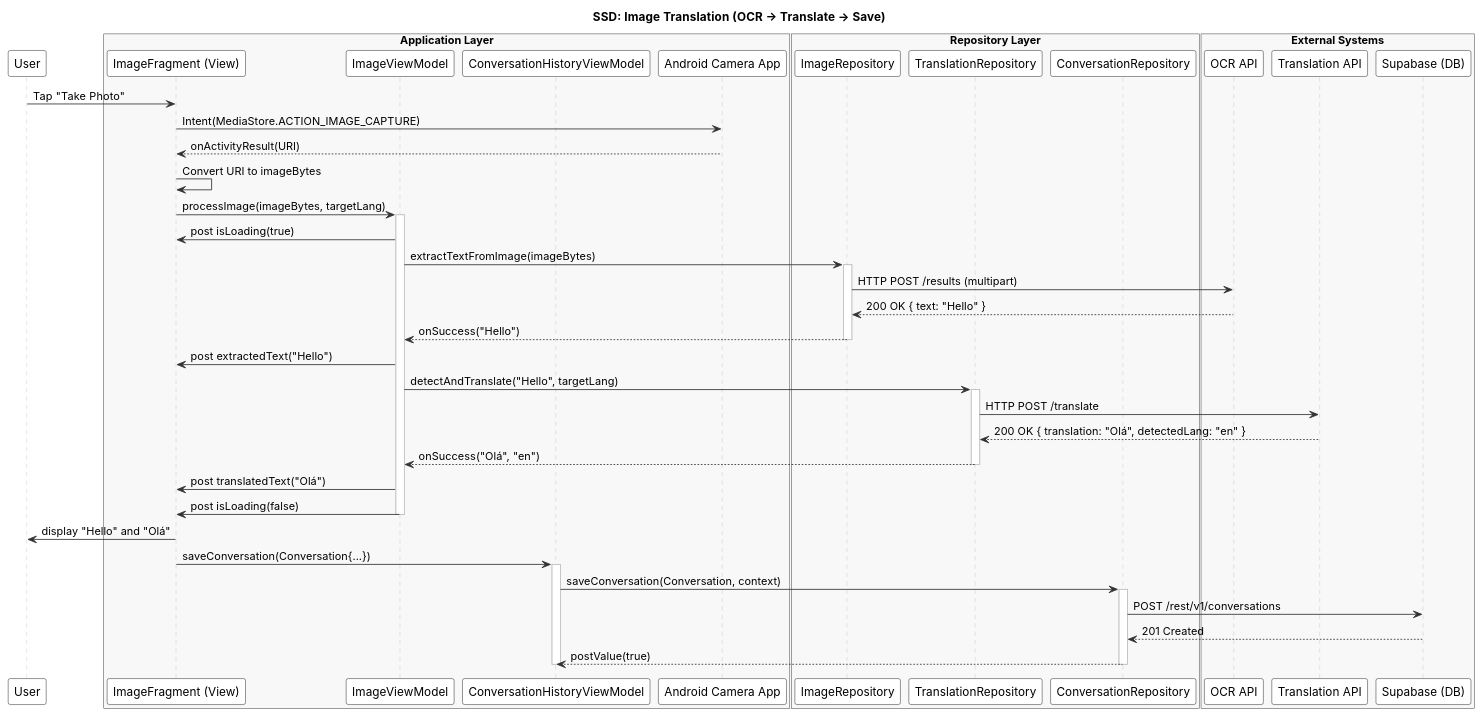
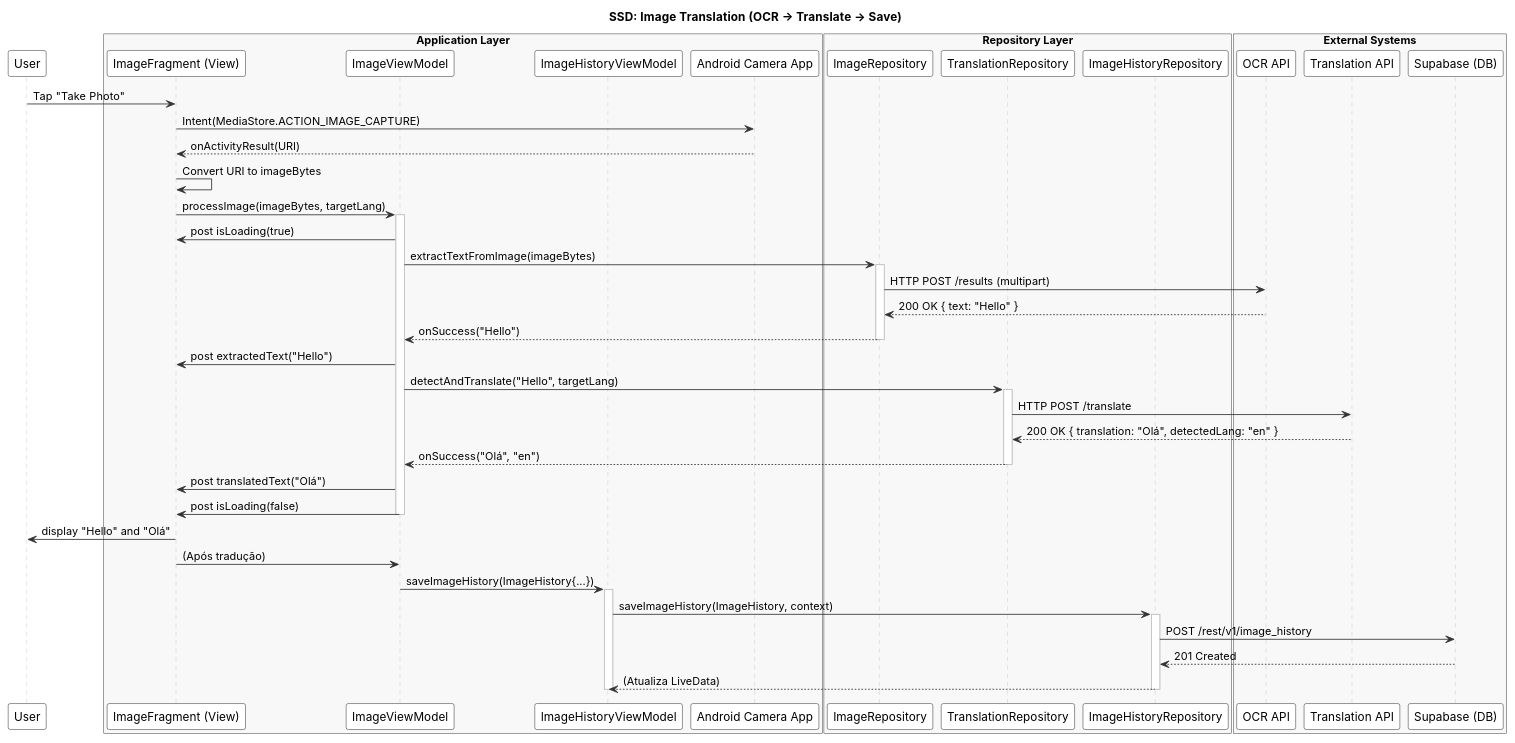
The diagram in UMLs/PUMLs/ssd_ocr_translation.puml (VascoMagolo/DSSMV_ProjectDroid_1231562_1230985), drawn with PlantUML before and after one commit. The commit also changed 7 other files, not shown here.

```diff
--- a/UMLs/PUMLs/ssd_ocr_translation.puml
+++ b/UMLs/PUMLs/ssd_ocr_translation.puml
@@ -1,80 +1,81 @@
 @startuml SSD: Image (OCR) Translation
 title SSD: Image Translation (OCR -> Translate -> Save)
 
 skinparam defaultFontName "Inter"
 skinparam package {
     BackgroundColor #F8F8F8
     BorderColor #A0A0A0
 }
 skinparam participant {
     BackgroundColor #FFFFFF
     BorderColor #000000
 }
 skinparam sequence {
     ArrowColor #333333
     ActorBorderColor #000000
     LifeLineBorderColor #C0C0C0
 }
 
 participant "User" as User
 
 box "Application Layer" #F8F8F8
     participant "ImageFragment (View)" as View
     participant "ImageViewModel" as VM
-    participant "ConversationHistoryViewModel" as HistoryVM
+    participant "ImageHistoryViewModel" as HistoryVM
     participant "Android Camera App" as CameraApp
 end box
 
 box "Repository Layer" #F8F8F8
     participant "ImageRepository" as IR
     participant "TranslationRepository" as TR
-    participant "ConversationRepository" as CR
+    participant "ImageHistoryRepository" as CR
 end box
 
 box "External Systems" #F8F8F8
     participant "OCR API" as OCR
     participant "Translation API" as API
     participant "Supabase (DB)" as DB
 end box
 
 User -> View : Tap "Take Photo"
 View -> CameraApp : Intent(MediaStore.ACTION_IMAGE_CAPTURE)
 CameraApp --> View : onActivityResult(URI)
 
 View -> View : Convert URI to imageBytes
 View -> VM : processImage(imageBytes, targetLang)
 activate VM
 VM -> View : post isLoading(true)
 
 VM -> IR : extractTextFromImage(imageBytes)
 activate IR
 IR -> OCR : HTTP POST /results (multipart)
 OCR --> IR : 200 OK { text: "Hello" }
 IR --> VM : onSuccess("Hello")
 deactivate IR
 
 VM -> View : post extractedText("Hello")
 VM -> TR : detectAndTranslate("Hello", targetLang)
 activate TR
 TR -> API : HTTP POST /translate
 API --> TR : 200 OK { translation: "Olá", detectedLang: "en" }
 TR --> VM : onSuccess("Olá", "en")
 deactivate TR
 
 VM -> View : post translatedText("Olá")
 VM -> View : post isLoading(false)
 deactivate VM
 
 View -> User : display "Hello" and "Olá"
 
-View -> HistoryVM : saveConversation(Conversation{...})
+View -> VM : (Após tradução)
+VM -> HistoryVM : saveImageHistory(ImageHistory{...})
 activate HistoryVM
-HistoryVM -> CR : saveConversation(Conversation, context)
+HistoryVM -> CR : saveImageHistory(ImageHistory, context)
 activate CR
-CR -> DB : POST /rest/v1/conversations
+CR -> DB : POST /rest/v1/image_history
 DB --> CR : 201 Created
-CR --> HistoryVM : postValue(true)
+CR --> HistoryVM : (Atualiza LiveData)
 deactivate CR
 deactivate HistoryVM
 
 @enduml
```
